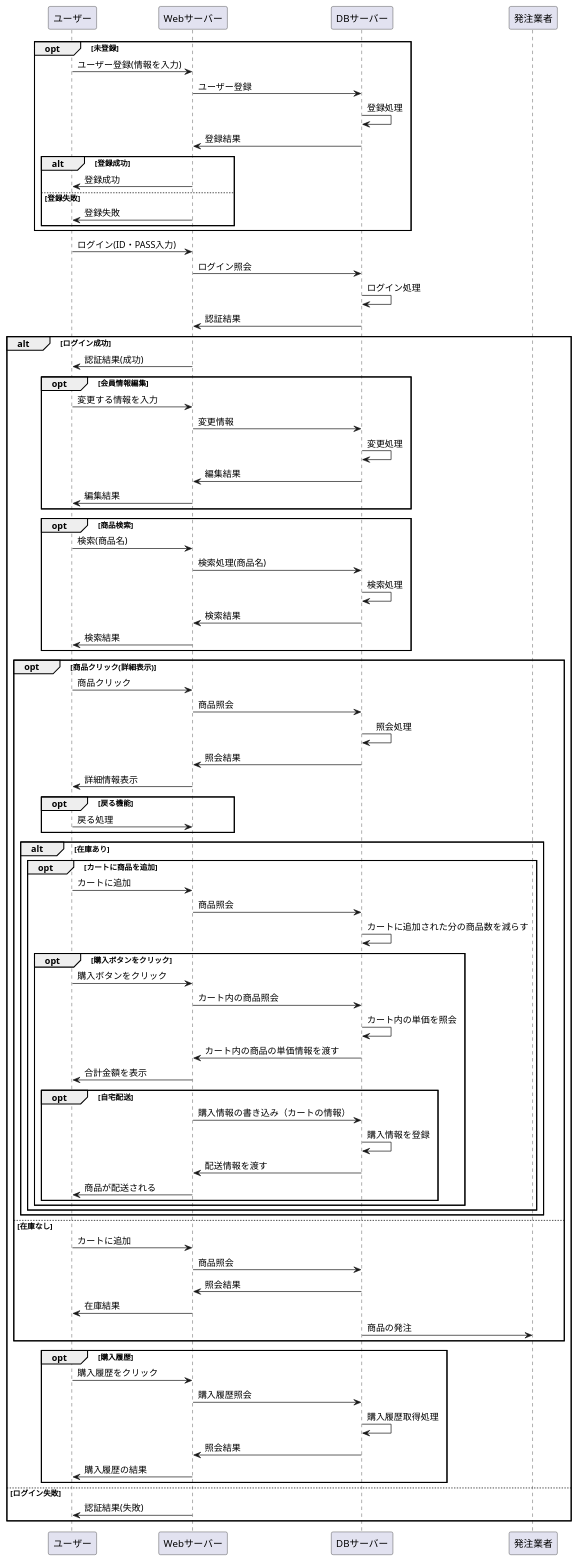
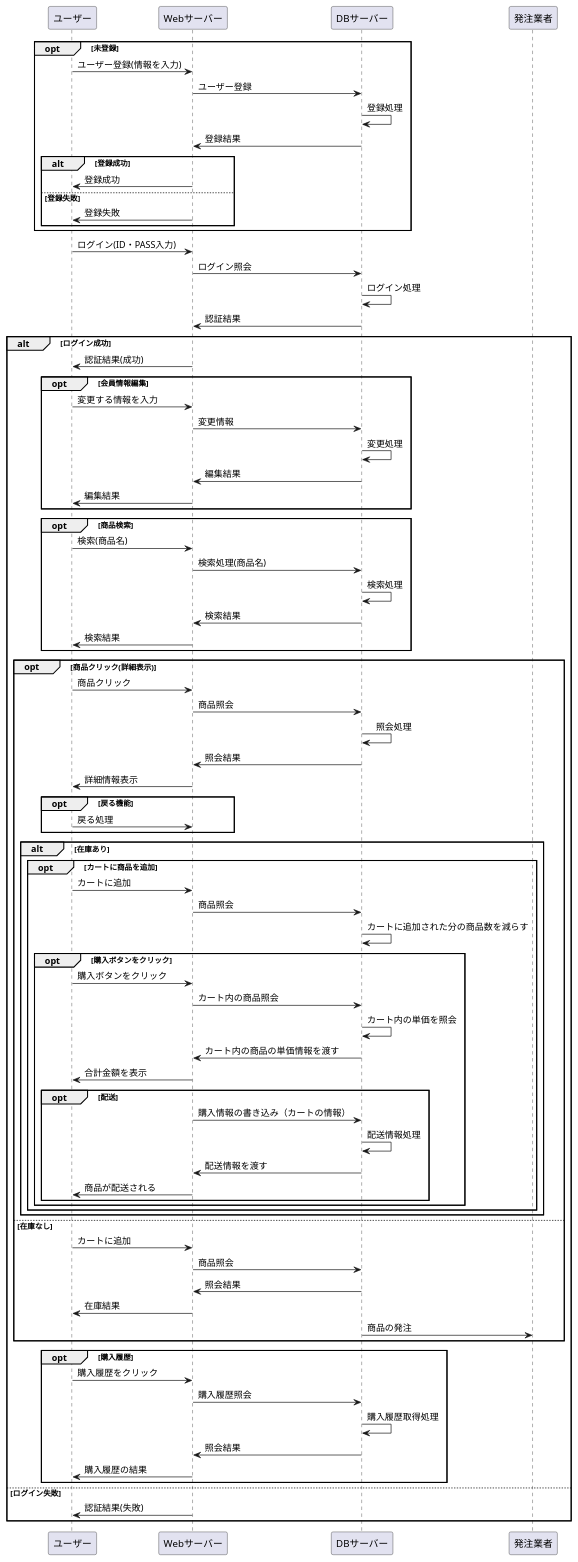
Before and after one commit to Aso2001227/Aso-Sports-1: the diagram in 設計書/02_業務フロー/business-flow-test.md, drawn with PlantUML.

```diff
--- a/設計書/02_業務フロー/business-flow-test.md
+++ b/設計書/02_業務フロー/business-flow-test.md
@@ -90,9 +90,9 @@
 DBサーバー -> DBサーバー : カート内の単価を照会
 DBサーバー -> Webサーバー :カート内の商品の単価情報を渡す
 Webサーバー -> ユーザー:合計金額を表示
-opt 自宅配送
+opt 配送
 Webサーバー -> DBサーバー :購入情報の書き込み（カートの情報）
-DBサーバー -> DBサーバー :購入情報を登録
+DBサーバー -> DBサーバー :配送情報処理
 DBサーバー -> Webサーバー :配送情報を渡す
 Webサーバー -> ユーザー:商品が配送される
 end
```
